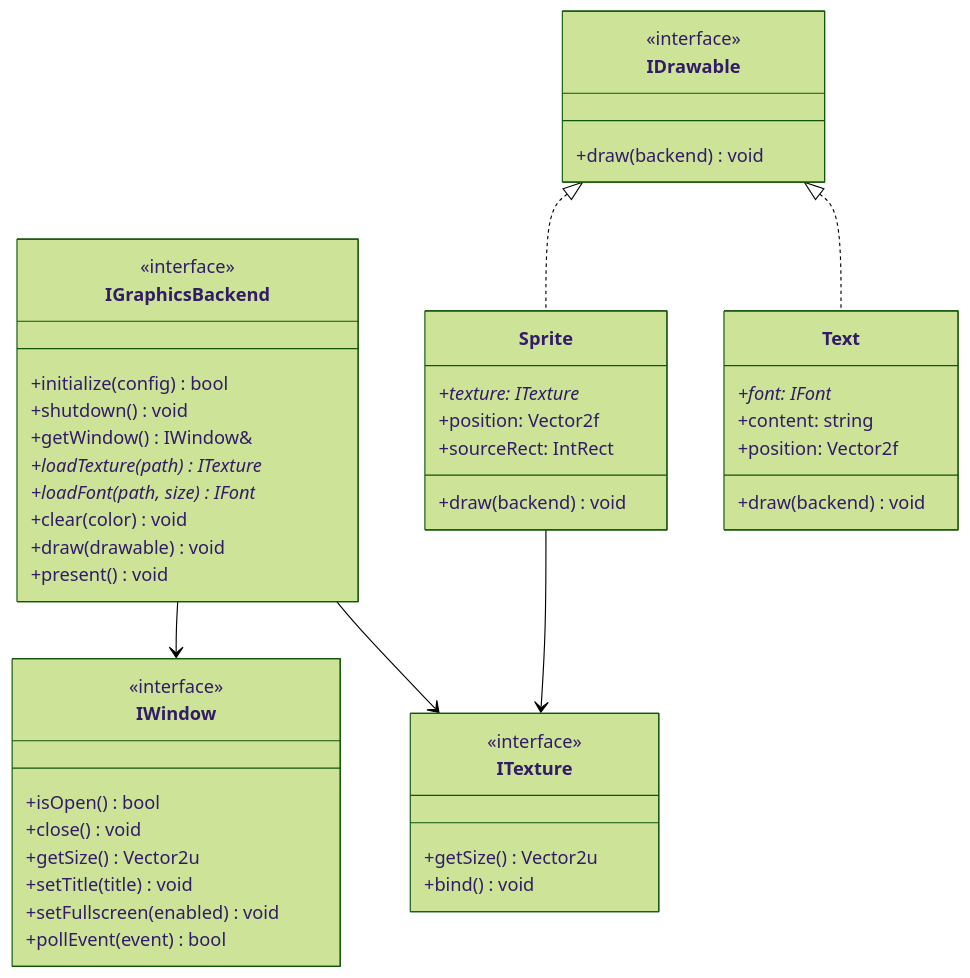
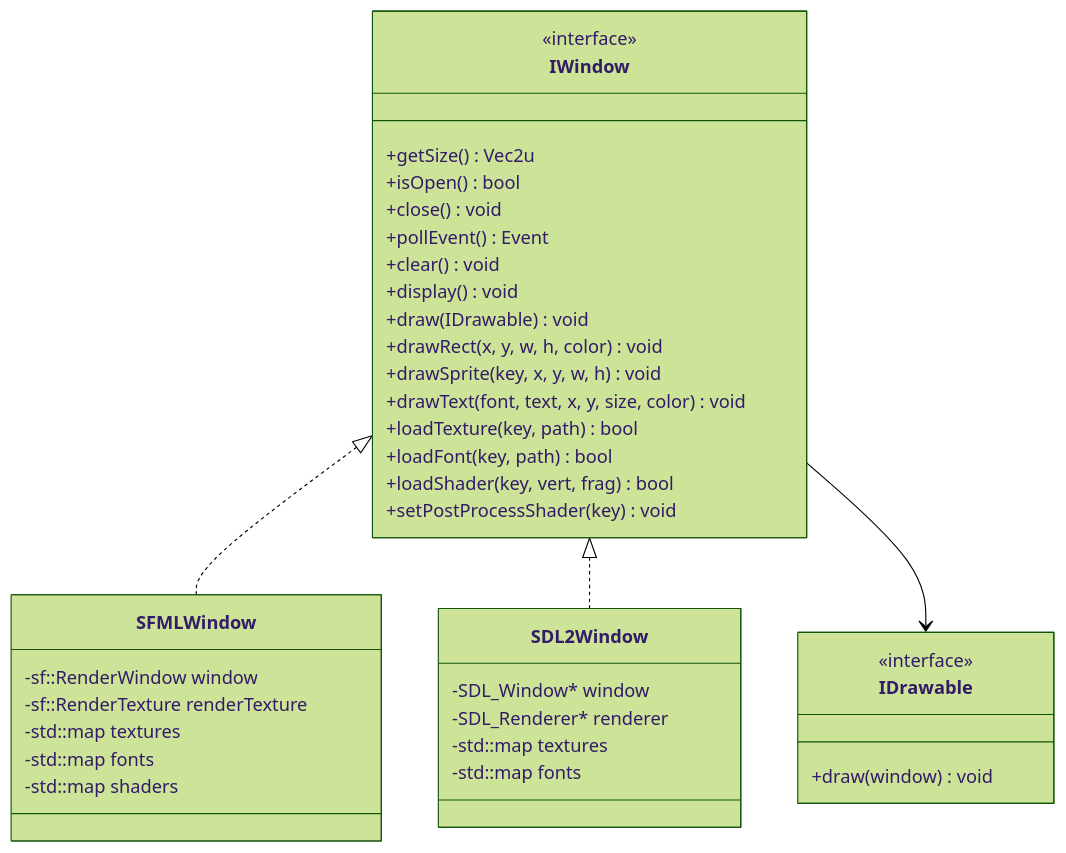
One commit to ChrisG-L/rtype changed the diagram in docs/technique/graphiques/abstraction.md. Above: the diagram before and after it, drawn with Mermaid (forest theme). The commit also changed other lines of this file and 4 other files, not shown here.

First line of the commit message:
Refactor documentation for gameplay, graphics abstraction, and networking

````diff
--- a/docs/technique/graphiques/abstraction.md
+++ b/docs/technique/graphiques/abstraction.md
@@ -25,55 +25,44 @@
 ```mermaid
 classDiagram
-    class IGraphicsBackend {
-        <<interface>>
-        +initialize(config) bool
-        +shutdown() void
-        +getWindow() IWindow&
-        +loadTexture(path) ITexture*
-        +loadFont(path, size) IFont*
-        +clear(color) void
-        +draw(drawable) void
-        +present() void
-    }
-
     class IWindow {
         <<interface>>
+        +getSize() Vec2u
         +isOpen() bool
         +close() void
-        +getSize() Vector2u
-        +setTitle(title) void
-        +setFullscreen(enabled) void
-        +pollEvent(event) bool
-    }
-
-    class ITexture {
-        <<interface>>
-        +getSize() Vector2u
-        +bind() void
+        +pollEvent() Event
+        +clear() void
+        +display() void
+        +draw(IDrawable) void
+        +drawRect(x, y, w, h, color) void
+        +drawSprite(key, x, y, w, h) void
+        +drawText(font, text, x, y, size, color) void
+        +loadTexture(key, path) bool
+        +loadFont(key, path) bool
+        +loadShader(key, vert, frag) bool
+        +setPostProcessShader(key) void
     }
 
     class IDrawable {
         <<interface>>
-        +draw(backend) void
+        +draw(window) void
     }
 
-    class Sprite {
-        +texture: ITexture*
-        +position: Vector2f
-        +sourceRect: IntRect
-        +draw(backend) void
+    class SFMLWindow {
+        -sf::RenderWindow window
+        -sf::RenderTexture renderTexture
+        -std::map textures
+        -std::map fonts
+        -std::map shaders
     }
 
-    class Text {
-        +font: IFont*
-        +content: string
-        +position: Vector2f
-        +draw(backend) void
+    class SDL2Window {
+        -SDL_Window* window
+        -SDL_Renderer* renderer
+        -std::map textures
+        -std::map fonts
     }
 
-    IGraphicsBackend --> IWindow
-    IGraphicsBackend --> ITexture
-    IDrawable <|.. Sprite
-    IDrawable <|.. Text
-    Sprite --> ITexture
+    IWindow <|.. SFMLWindow
+    IWindow <|.. SDL2Window
+    IWindow --> IDrawable
 ```
````
